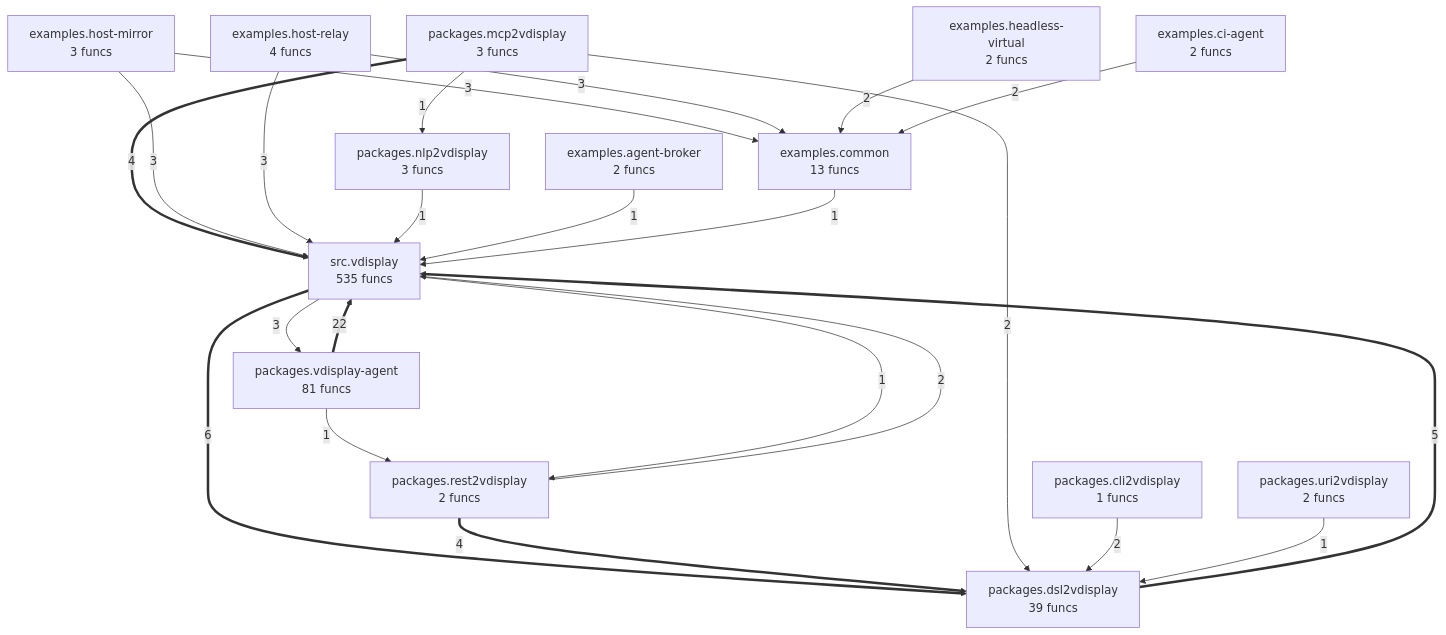
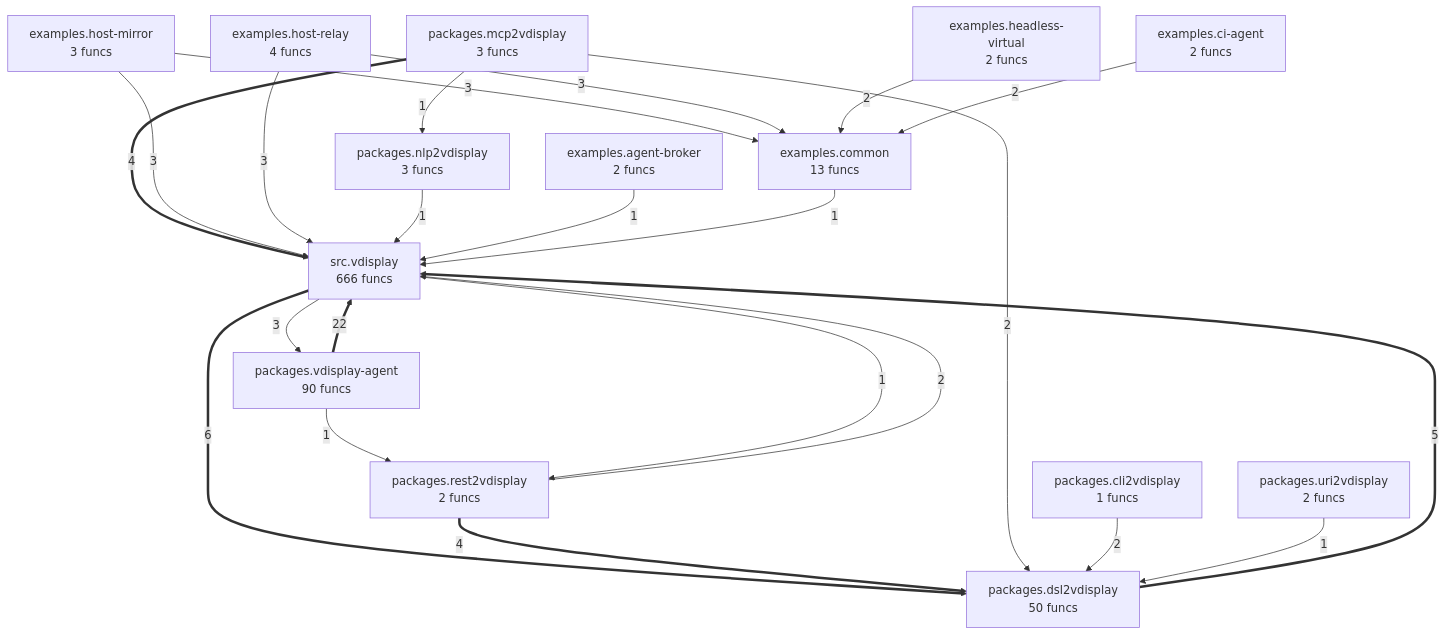
Before and after one commit to wronai/vdisplay: the diagram in project/compact_flow.mmd, drawn with Mermaid. The commit also changed 90 other files, not shown here.

```diff
--- a/project/compact_flow.mmd
+++ b/project/compact_flow.mmd
@@ -1,38 +1,38 @@
 flowchart TD
-%% generated in 0.02s
+%% generated in 0.03s
     examples__agent_broker["examples.agent-broker<br/>2 funcs"]
     examples__ci_agent["examples.ci-agent<br/>2 funcs"]
     examples__common["examples.common<br/>13 funcs"]
     examples__headless_virtual["examples.headless-virtual<br/>2 funcs"]
     examples__host_mirror["examples.host-mirror<br/>3 funcs"]
     examples__host_relay["examples.host-relay<br/>4 funcs"]
     packages__cli2vdisplay["packages.cli2vdisplay<br/>1 funcs"]
-    packages__dsl2vdisplay["packages.dsl2vdisplay<br/>39 funcs"]
+    packages__dsl2vdisplay["packages.dsl2vdisplay<br/>50 funcs"]
     packages__mcp2vdisplay["packages.mcp2vdisplay<br/>3 funcs"]
     packages__nlp2vdisplay["packages.nlp2vdisplay<br/>3 funcs"]
     packages__rest2vdisplay["packages.rest2vdisplay<br/>2 funcs"]
     packages__uri2vdisplay["packages.uri2vdisplay<br/>2 funcs"]
-    packages__vdisplay_agent["packages.vdisplay-agent<br/>81 funcs"]
-    src__vdisplay["src.vdisplay<br/>535 funcs"]
+    packages__vdisplay_agent["packages.vdisplay-agent<br/>90 funcs"]
+    src__vdisplay["src.vdisplay<br/>666 funcs"]
     packages__vdisplay_agent ==>|22| src__vdisplay
     src__vdisplay ==>|6| packages__dsl2vdisplay
     packages__dsl2vdisplay ==>|5| src__vdisplay
     packages__mcp2vdisplay ==>|4| src__vdisplay
     packages__rest2vdisplay ==>|4| packages__dsl2vdisplay
     examples__host_mirror -->|3| src__vdisplay
     examples__host_mirror -->|3| examples__common
     examples__host_relay -->|3| src__vdisplay
     examples__host_relay -->|3| examples__common
     src__vdisplay -->|3| packages__vdisplay_agent
     packages__mcp2vdisplay -->|2| packages__dsl2vdisplay
     packages__cli2vdisplay -->|2| packages__dsl2vdisplay
     packages__rest2vdisplay -->|2| src__vdisplay
     examples__headless_virtual -->|2| examples__common
     examples__ci_agent -->|2| examples__common
     packages__mcp2vdisplay -->|1| packages__nlp2vdisplay
     packages__uri2vdisplay -->|1| packages__dsl2vdisplay
     packages__nlp2vdisplay -->|1| src__vdisplay
     packages__vdisplay_agent -->|1| packages__rest2vdisplay
     examples__agent_broker -->|1| src__vdisplay
     examples__common -->|1| src__vdisplay
     src__vdisplay -->|1| packages__rest2vdisplay
```
